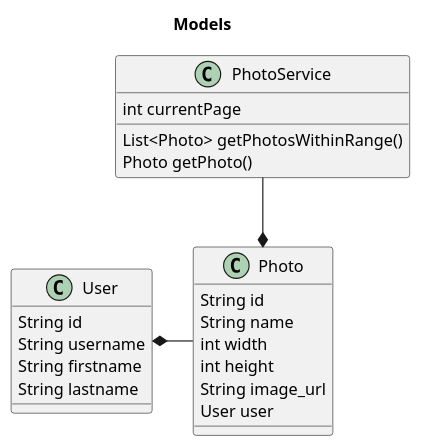
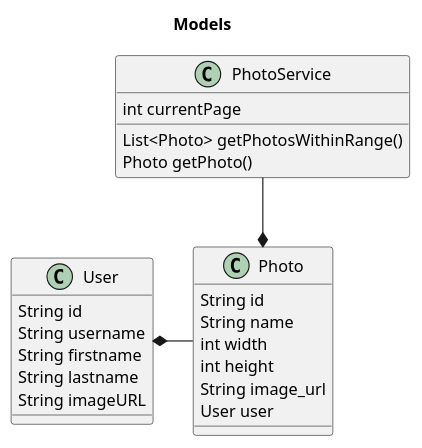
Before and after one commit to oyebc/showcase: the diagram in design/uml/model.plantuml, drawn with PlantUML. The commit also changed 4 other files, not shown here.

```diff
--- a/design/uml/model.plantuml
+++ b/design/uml/model.plantuml
@@ -1,30 +1,31 @@
 @startuml
 title Models
 
 class PhotoService {
      int currentPage
      
     List<Photo> getPhotosWithinRange()
     Photo getPhoto()
 }
 
 class Photo {
     String id
     String name
     int width
     int height
     String image_url
     User user
 
 }
 
 class User {
     String id
     String username
     String firstname
     String lastname
+    String imageURL
 }
 
 PhotoService --* Photo
 Photo -left-* User
 @enduml
```
